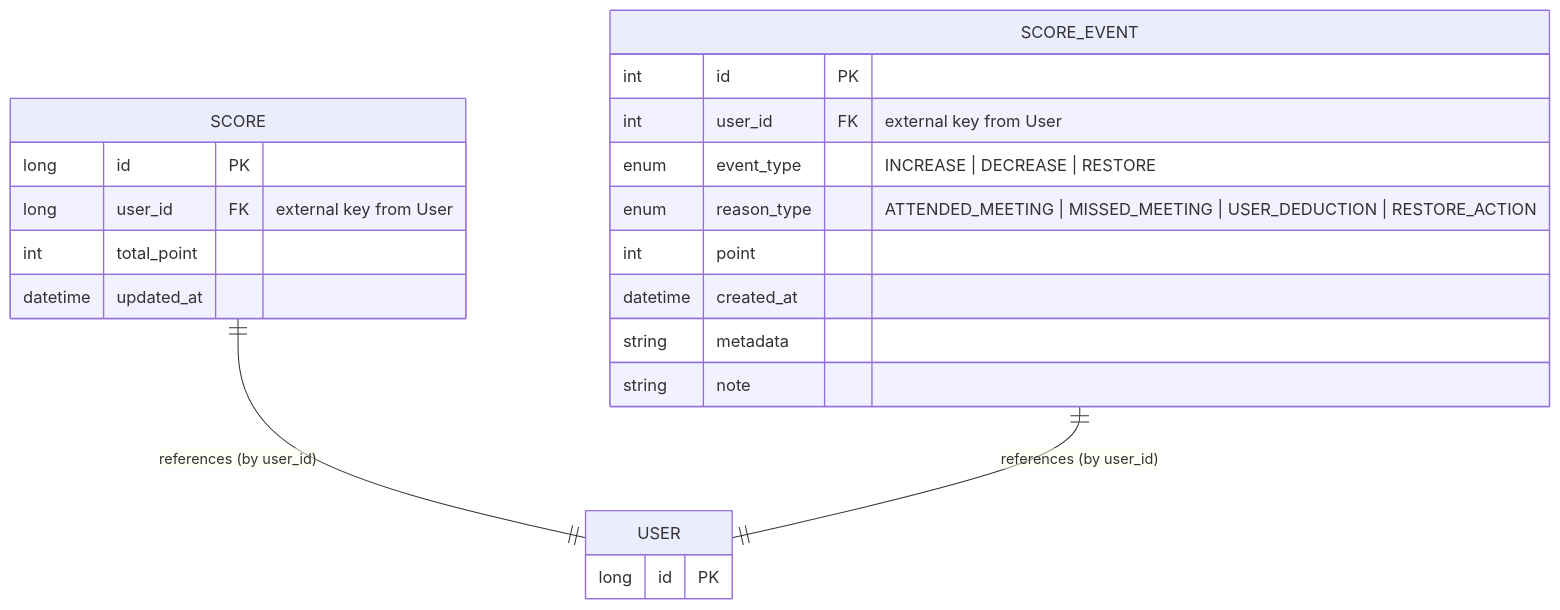
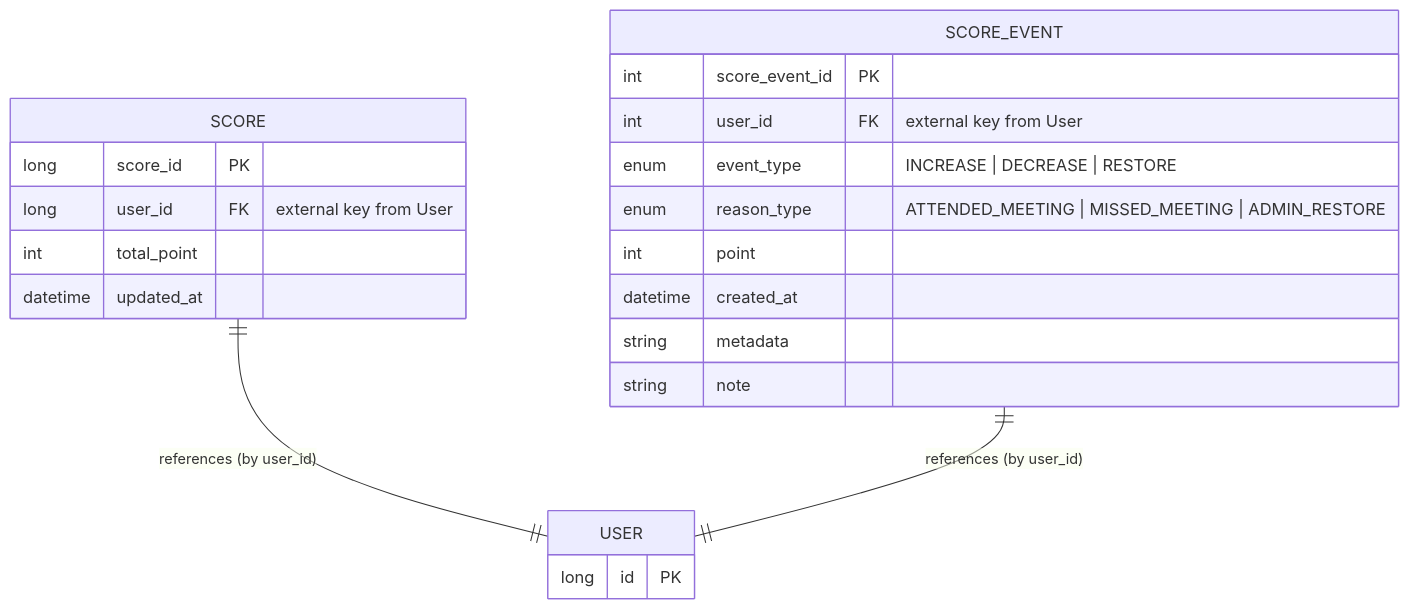
Before and after one commit to groom-link/groom-server: the second of 2 diagrams in docs/score.md, drawn with Mermaid. The commit also changed other lines of this file, not shown here.

Commit message:
docs(score) : 선택적 고려사항 → 고려사항 변경 & 상태 및 타입 정의 추가

````diff
--- a/docs/score.md
+++ b/docs/score.md
@@ -56,29 +38,29 @@
 ```mermaid
 erDiagram
     %% Domain: Score 시스템
     SCORE ||--|| USER : "references (by user_id)"
     SCORE_EVENT ||--|| USER : "references (by user_id)"
 
     USER {
         long id PK
     }
 
     SCORE {
-        long id PK
+        long score_id PK
         long user_id FK "external key from User"
         int total_point
         datetime updated_at
     }
 
     SCORE_EVENT {
-        int id PK
+        int score_event_id PK
         int user_id FK "external key from User"
         enum event_type "INCREASE | DECREASE | RESTORE"
-        enum reason_type "ATTENDED_MEETING | MISSED_MEETING | USER_DEDUCTION | RESTORE_ACTION"
+        enum reason_type "ATTENDED_MEETING | MISSED_MEETING | ADMIN_RESTORE "
         int point
         datetime created_at
         string metadata
         string note
     }
 
 ```
````
